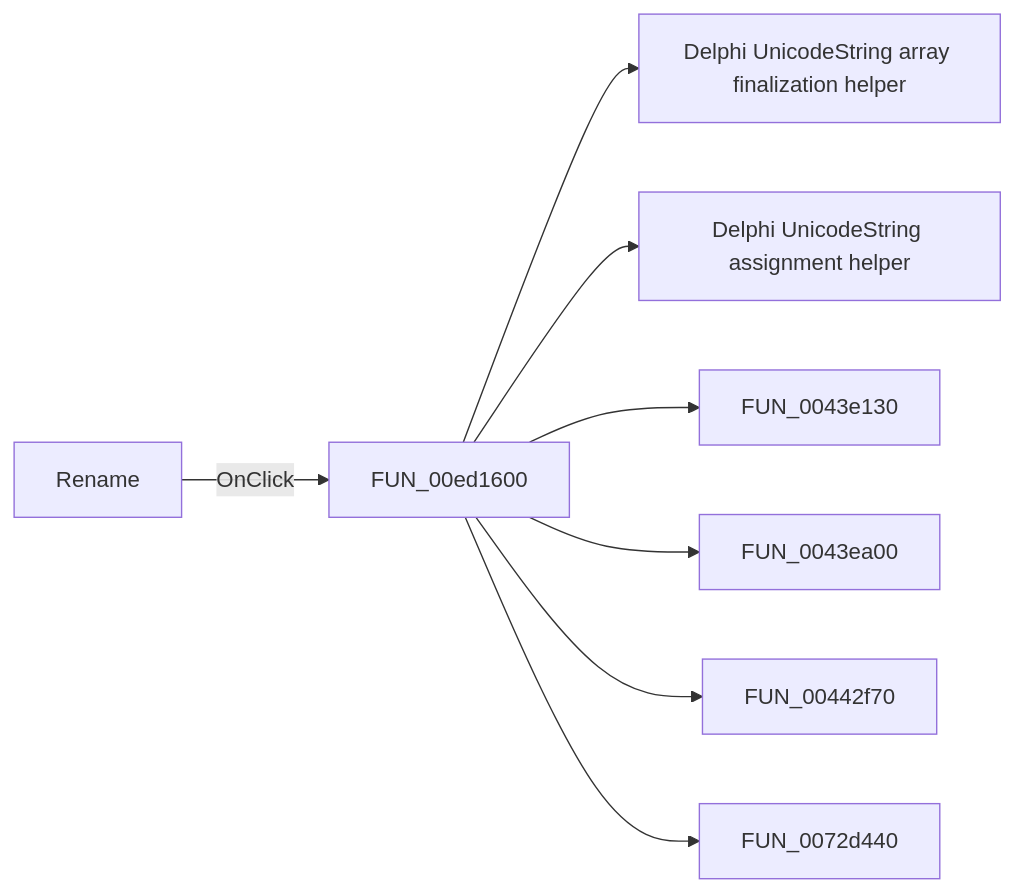
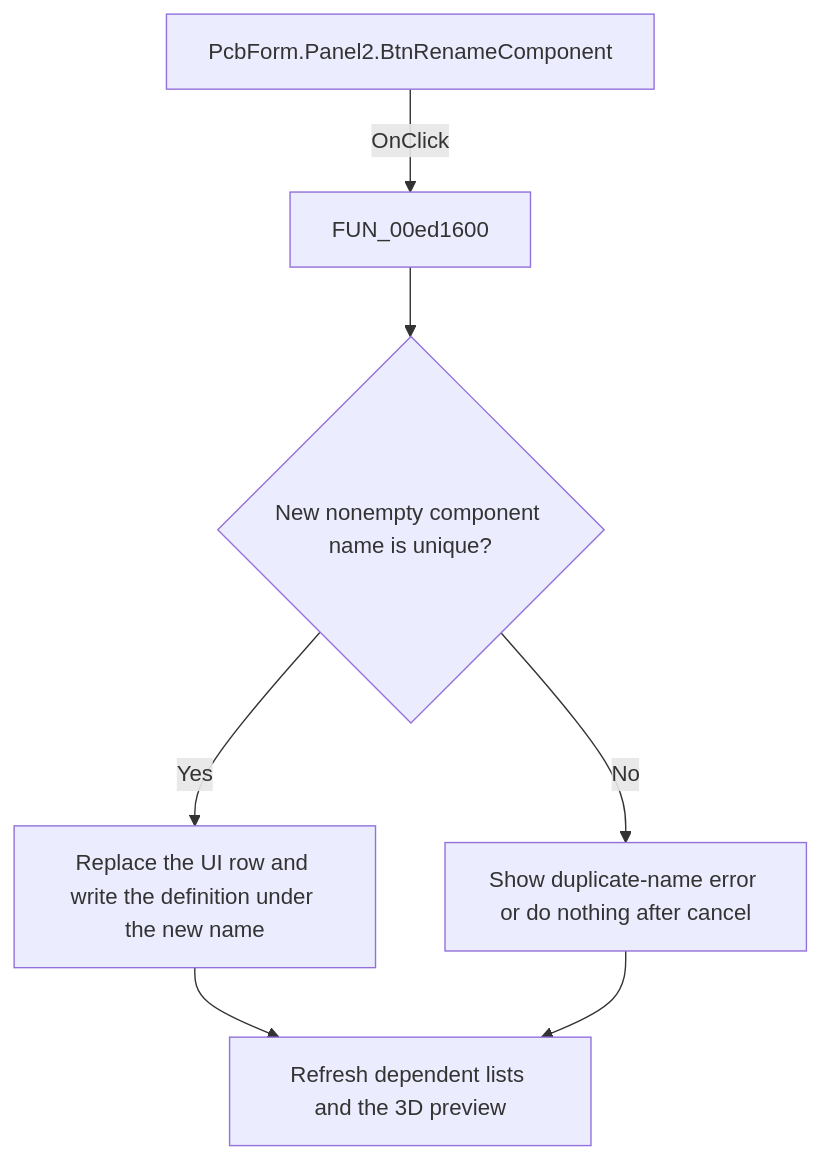
The diagram in docs/ui-controls/pcbform/btnrenamecomponent-ccc28c71b3.md (MovGP0/TIARA), drawn with Mermaid before and after one commit. The commit also changed other lines of this file and 1062 other files, not shown here.

````diff
--- a/docs/ui-controls/pcbform/btnrenamecomponent-ccc28c71b3.md
+++ b/docs/ui-controls/pcbform/btnrenamecomponent-ccc28c71b3.md
@@ -27,10 +29,9 @@
 ```mermaid
-flowchart LR
-    control["Rename"] -->|OnClick| handler["FUN_00ed1600"]
-    handler --> call1["Delphi UnicodeString array finalization helper"]
-    handler --> call2["Delphi UnicodeString assignment helper"]
-    handler --> call3["FUN_0043e130"]
-    handler --> call4["FUN_0043ea00"]
-    handler --> call5["FUN_00442f70"]
-    handler --> call6["FUN_0072d440"]
+flowchart TD
+    control["PcbForm.Panel2.BtnRenameComponent"] -->|OnClick| handler["FUN_00ed1600"]
+    handler --> decision{"New nonempty component name is unique?"}
+    decision -->|Yes| action["Replace the UI row and write the definition under the new name"]
+    decision -->|No| noop["Show duplicate-name error or do nothing after cancel"]
+    action --> outcome["Refresh dependent lists and the 3D preview"]
+    noop --> outcome
 ```
````
